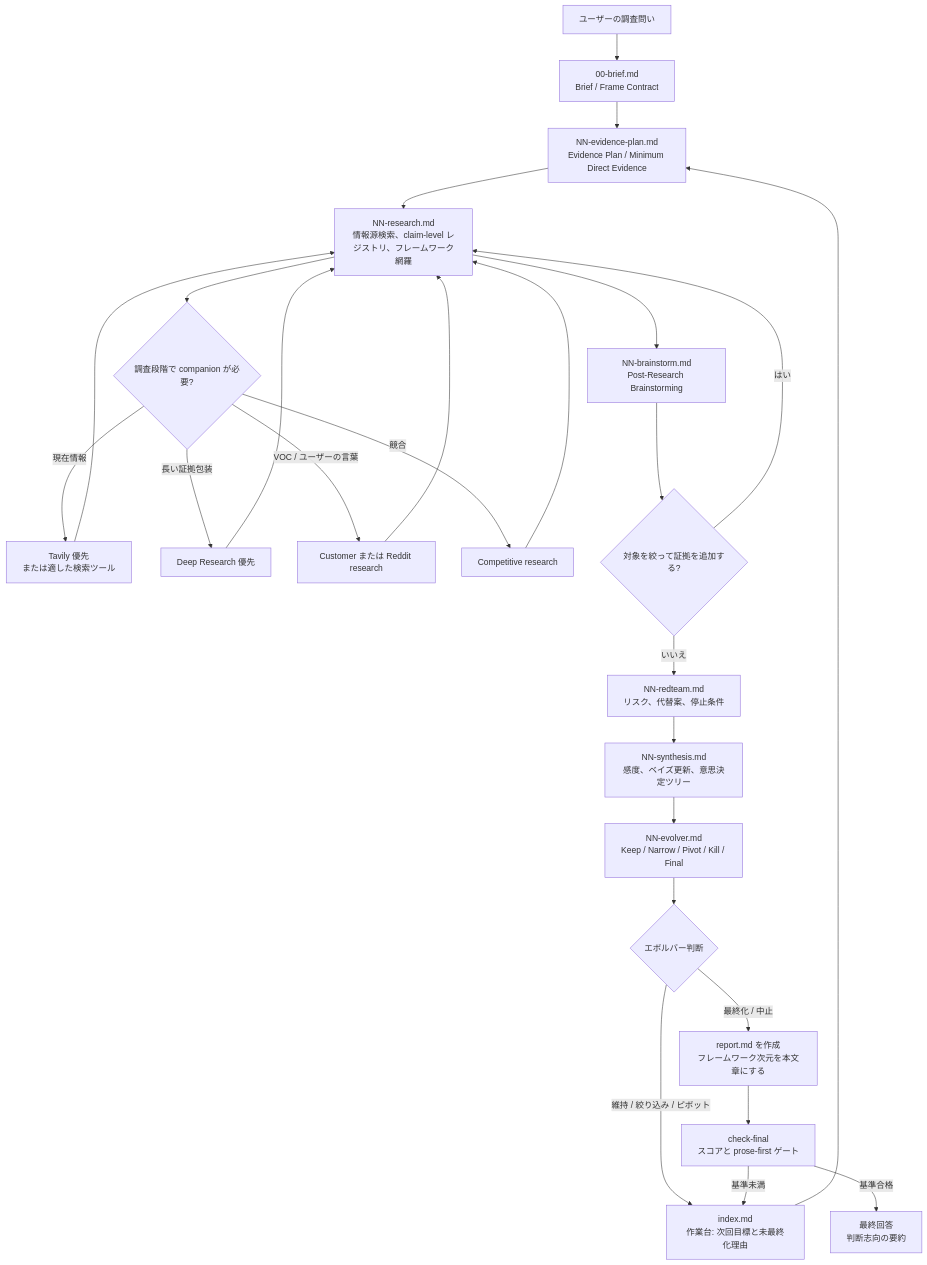
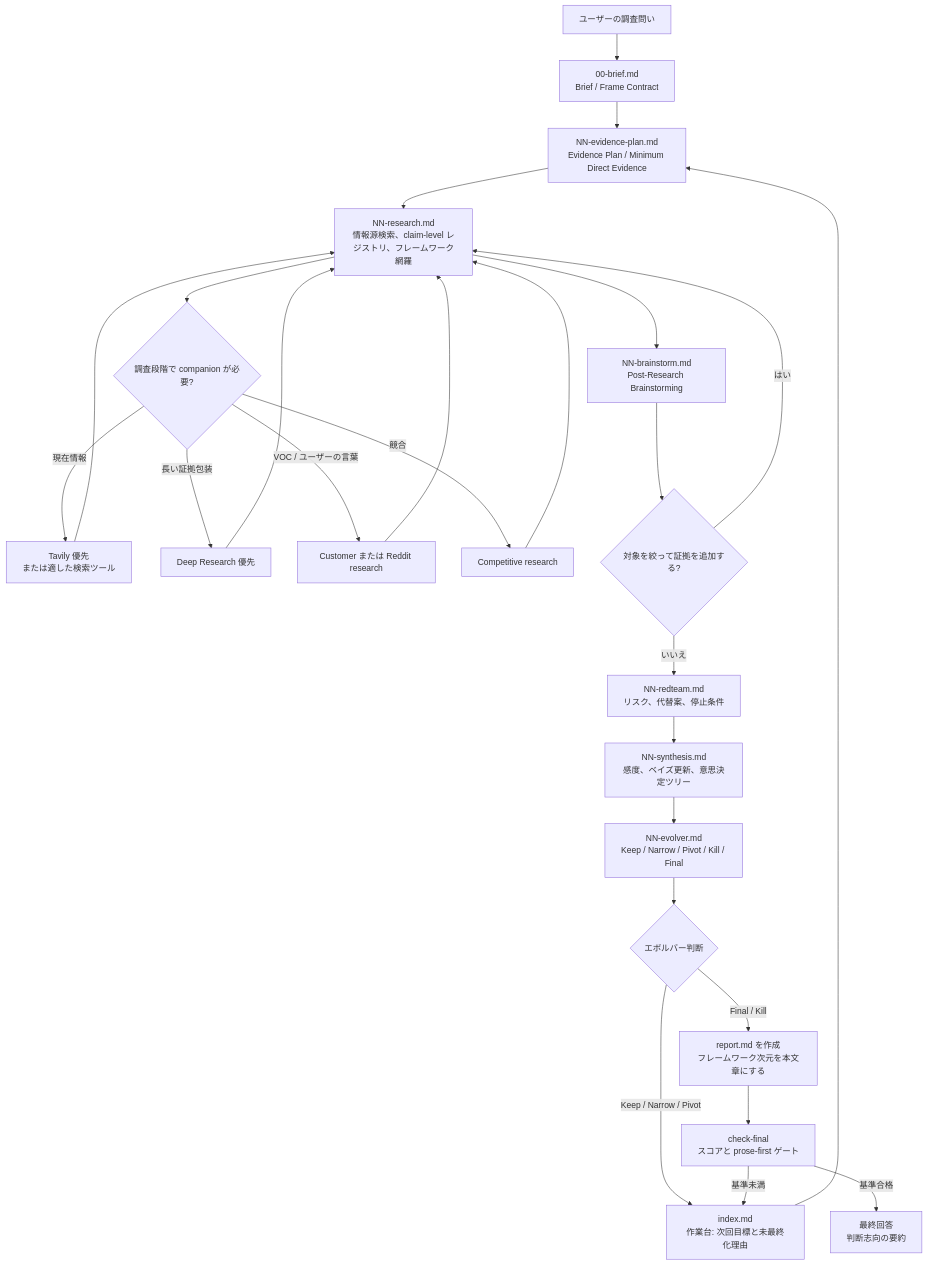
Before and after one commit to GoatGit/super-survey: the diagram in README.ja.md, drawn with Mermaid. The commit also changed other lines of this file and 6 other files, not shown here.

````diff
--- a/README.ja.md
+++ b/README.ja.md
@@ -235,28 +243,28 @@
 ```mermaid
 flowchart TD
     A[ユーザーの調査問い] --> B[00-brief.md<br/>Brief / Frame Contract]
     B --> P[NN-evidence-plan.md<br/>Evidence Plan / Minimum Direct Evidence]
     P --> C[NN-research.md<br/>情報源検索、claim-level レジストリ、フレームワーク網羅]
     C --> D{調査段階で companion が必要?}
     D -->|現在情報| D1[Tavily 優先<br/>または適した検索ツール]
     D -->|長い証拠包装| D2[Deep Research 優先]
     D -->|VOC / ユーザーの言葉| D3[Customer または Reddit research]
     D -->|競合| D4[Competitive research]
     D1 --> C
     D2 --> C
     D3 --> C
     D4 --> C
     C --> E[NN-brainstorm.md<br/>Post-Research Brainstorming]
     E --> X{対象を絞って証拠を追加する?}
     X -->|はい| C
     X -->|いいえ| F[NN-redteam.md<br/>リスク、代替案、停止条件]
     F --> G[NN-synthesis.md<br/>感度、ベイズ更新、意思決定ツリー]
     G --> H[NN-evolver.md<br/>Keep / Narrow / Pivot / Kill / Final]
     H --> Q{エボルバー判断}
-    Q -->|維持 / 絞り込み / ピボット| I[index.md<br/>作業台: 次回目標と未最終化理由]
+    Q -->|Keep / Narrow / Pivot| I[index.md<br/>作業台: 次回目標と未最終化理由]
     I --> P
-    Q -->|最終化 / 中止| J[report.md を作成<br/>フレームワーク次元を本文章にする]
+    Q -->|Final / Kill| J[report.md を作成<br/>フレームワーク次元を本文章にする]
     J --> R[check-final<br/>スコアと prose-first ゲート]
     R -->|基準未満| I
     R -->|基準合格| K[最終回答<br/>判断志向の要約]
 ```
````
